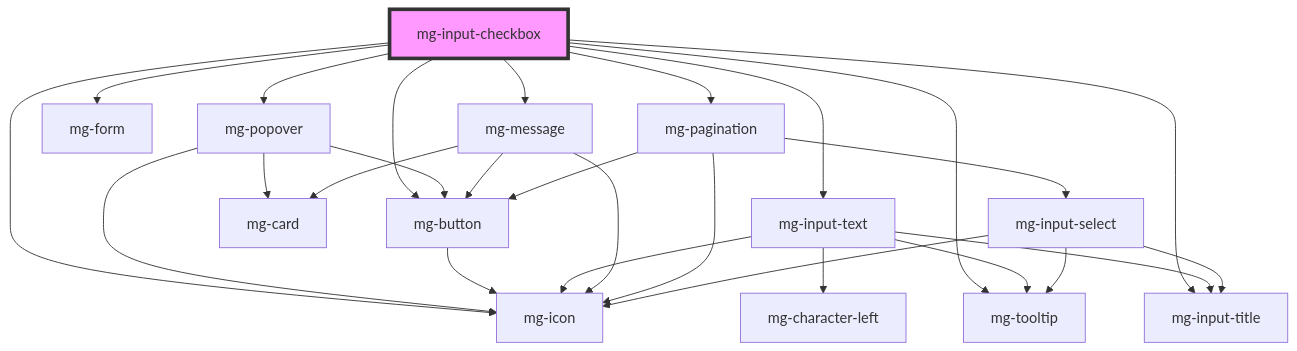
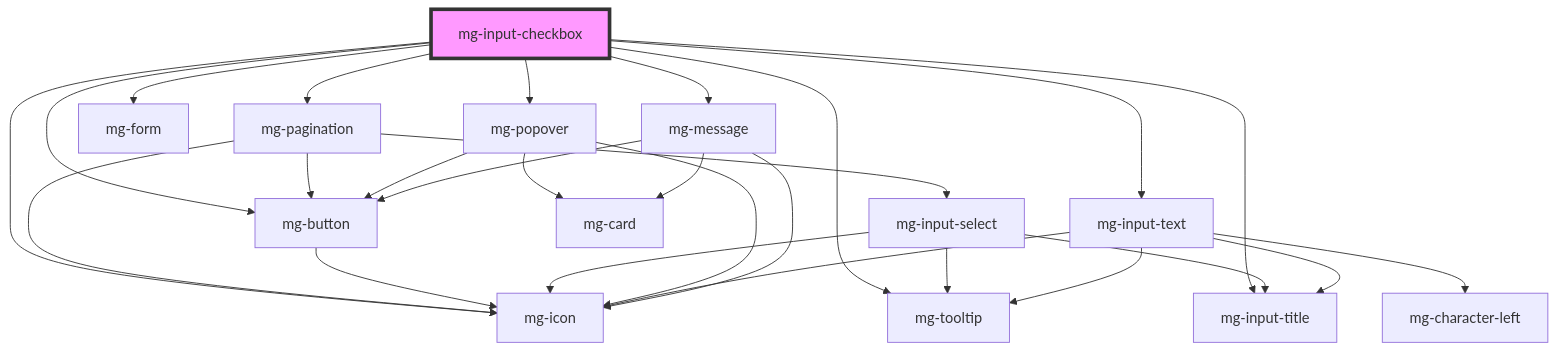
The diagram in packages/mg-components/src/components/molecules/inputs/mg-input-checkbox/readme.md (MGDIS/core-ui), drawn with Mermaid before and after one commit. The commit also changed other lines of this file and 5 other files, not shown here.

First line of the commit message:
feat(mgInputCheckbox): semantic updates

````diff
--- a/packages/mg-components/src/components/molecules/inputs/mg-input-checkbox/readme.md
+++ b/packages/mg-components/src/components/molecules/inputs/mg-input-checkbox/readme.md
@@ -147,30 +147,30 @@
 ```mermaid
 graph TD;
+  mg-input-checkbox --> mg-pagination
   mg-input-checkbox --> mg-popover
   mg-input-checkbox --> mg-button
   mg-input-checkbox --> mg-icon
   mg-input-checkbox --> mg-form
   mg-input-checkbox --> mg-input-text
   mg-input-checkbox --> mg-message
-  mg-input-checkbox --> mg-pagination
   mg-input-checkbox --> mg-tooltip
   mg-input-checkbox --> mg-input-title
+  mg-pagination --> mg-button
+  mg-pagination --> mg-icon
+  mg-pagination --> mg-input-select
+  mg-button --> mg-icon
+  mg-input-select --> mg-tooltip
+  mg-input-select --> mg-icon
+  mg-input-select --> mg-input-title
   mg-popover --> mg-card
   mg-popover --> mg-button
   mg-popover --> mg-icon
-  mg-button --> mg-icon
   mg-input-text --> mg-icon
   mg-input-text --> mg-character-left
   mg-input-text --> mg-tooltip
   mg-input-text --> mg-input-title
   mg-message --> mg-card
   mg-message --> mg-icon
   mg-message --> mg-button
-  mg-pagination --> mg-button
-  mg-pagination --> mg-icon
-  mg-pagination --> mg-input-select
-  mg-input-select --> mg-tooltip
-  mg-input-select --> mg-icon
-  mg-input-select --> mg-input-title
   style mg-input-checkbox fill:#f9f,stroke:#333,stroke-width:4px
 ```
````
